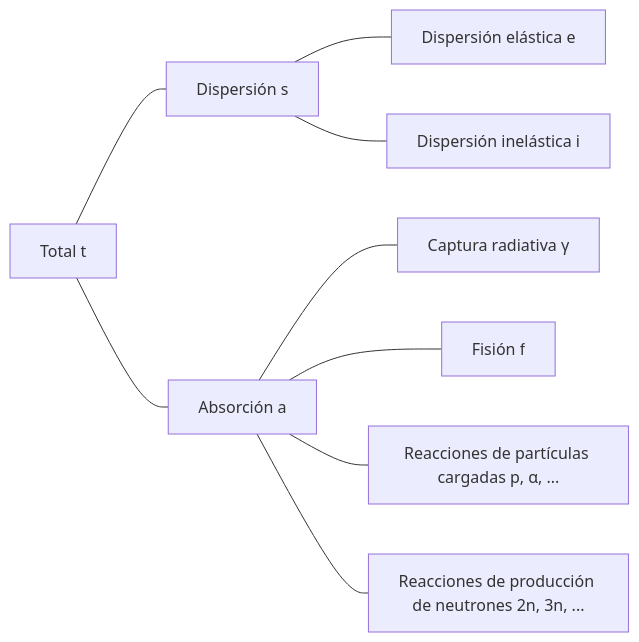
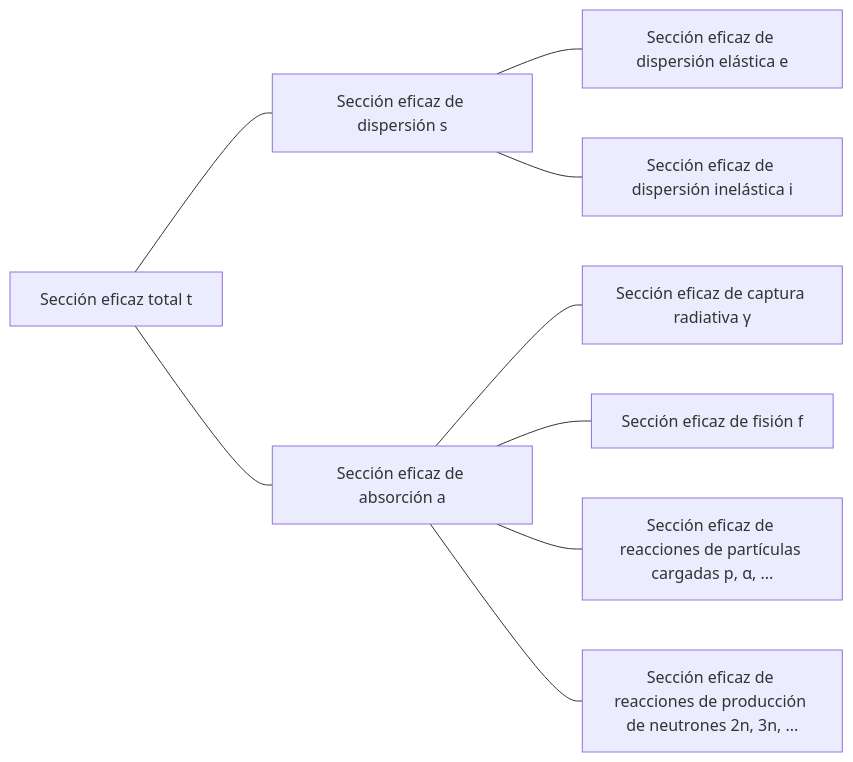
Before and after one commit to yunseo-kim/yunseo-kim.github.io: the diagram in _posts/es/2022-03-19-Neutron-Interactions-and-Cross-sections.md, drawn with Mermaid. The commit also changed other lines of this file and 116 other files, not shown here.

````diff
--- a/_posts/es/2022-03-19-Neutron-Interactions-and-Cross-sections.md
+++ b/_posts/es/2022-03-19-Neutron-Interactions-and-Cross-sections.md
@@ -76,13 +76,13 @@
 ```mermaid
 flowchart LR
-	total["Total t"] --- s["Dispersión s"]
-	total --- a["Absorción a"]
+	total["Sección eficaz total t"] --- s["Sección eficaz de dispersión s"]
+	total --- a["Sección eficaz de absorción a"]
 
-	s --- e["Dispersión elástica e"]
-	s --- i["Dispersión inelástica i"]
+	s --- e["Sección eficaz de dispersión elástica e"]
+	s --- i["Sección eficaz de dispersión inelástica i"]
 
-	a --- gamma["Captura radiativa γ"]
-	a --- f["Fisión f"]
-	a --- p["Reacciones de partículas cargadas p, α, ..."]
-	a --- n["Reacciones de producción de neutrones 2n, 3n, ..."]
+	a --- gamma["Sección eficaz de captura radiativa γ"]
+	a --- f["Sección eficaz de fisión f"]
+	a --- p["Sección eficaz de reacciones de partículas cargadas p, α, ..."]
+	a --- n["Sección eficaz de reacciones de producción de neutrones 2n, 3n, ..."]
 ```
````
